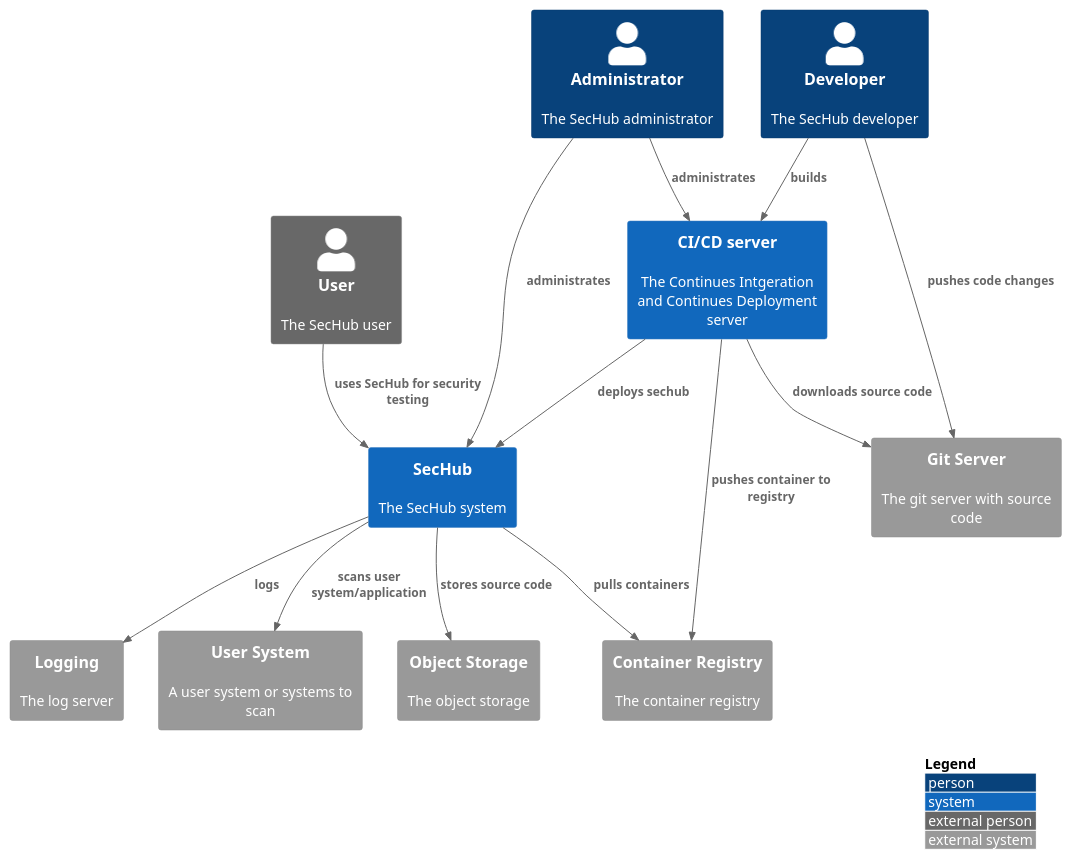
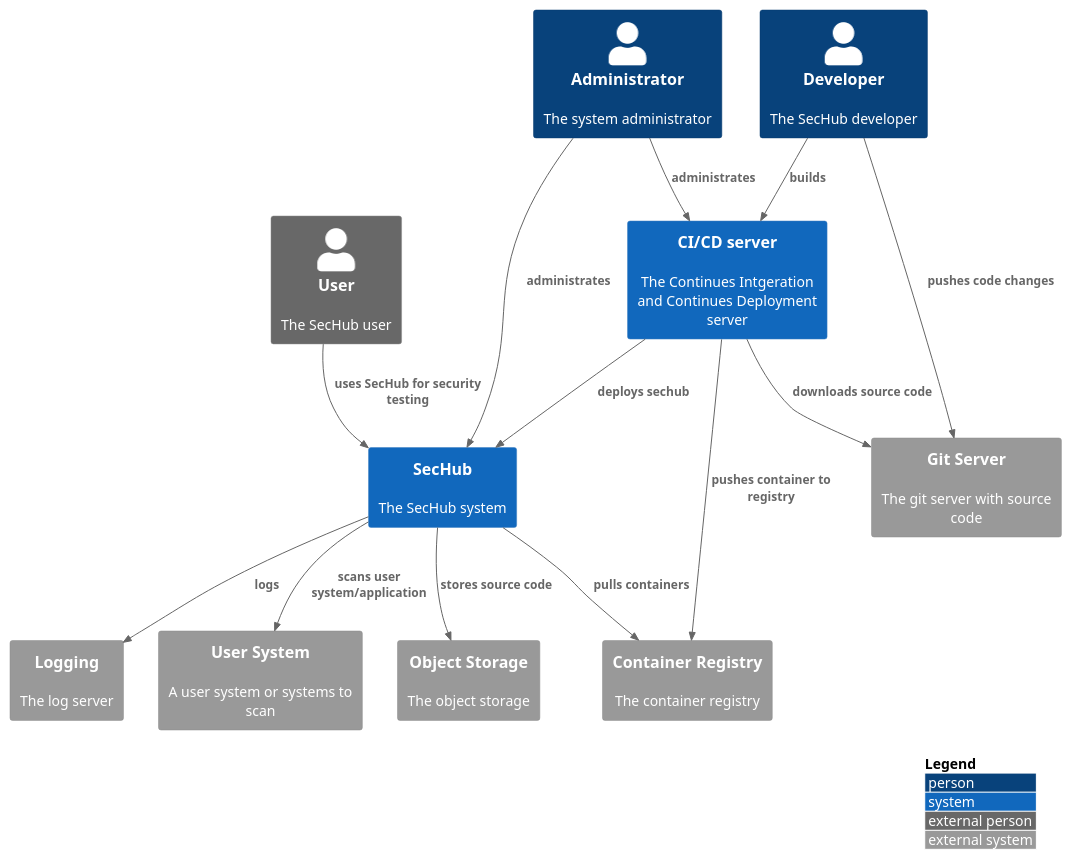
The diagram in snippets/sechub/context.puml (de-jcup/STTK), drawn with PlantUML before and after one commit. The commit also changed 8 other files, not shown here.

```diff
--- a/snippets/sechub/context.puml
+++ b/snippets/sechub/context.puml
@@ -1,30 +1,30 @@
-@startuml C4_Elements
+@startuml context
 !includeurl https://raw.githubusercontent.com/RicardoNiepel/C4-PlantUML/release/1-0/C4_Context.puml
 
 LAYOUT_WITH_LEGEND()
 
 Person_Ext(user, "User", "The SecHub user")
-Person(admin, "Administrator", "The SecHub administrator")
+Person(admin, "Administrator", "The system administrator")
 Person(developer, "Developer", "The SecHub developer")
 System(sechub, "SecHub", "The SecHub system")
 System_Ext(object_storage, "Object Storage", "The object storage")
 System_Ext(user_system, "User System", "A user system or systems to scan")
 System_Ext(container_registry, "Container Registry", "The container registry")
 System(ci_cd, "CI/CD server", "The Continues Intgeration and Continues Deployment server")
 System_Ext(git_server, "Git Server", "The git server with source code")
 System_Ext(logging, "Logging", "The log server")
 
 Rel(user, sechub, "uses SecHub for security testing")
 Rel(sechub, object_storage, "stores source code")
 Rel(sechub, user_system, "scans user system/application")
 Rel(sechub, container_registry, "pulls containers")
 Rel(ci_cd, sechub, "deploys sechub")
 Rel(ci_cd, container_registry, "pushes container to registry")
 Rel(ci_cd, git_server, "downloads source code")
 Rel(sechub, logging, "logs")
 Rel(admin, sechub, "administrates")
 Rel(admin, ci_cd, "administrates")
 Rel(developer, ci_cd, "builds")
 Rel(developer, git_server, "pushes code changes")
 
 @enduml
```
